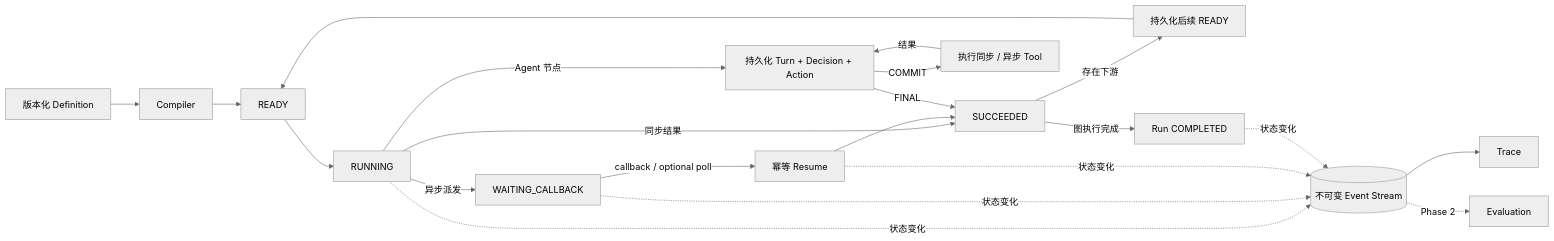
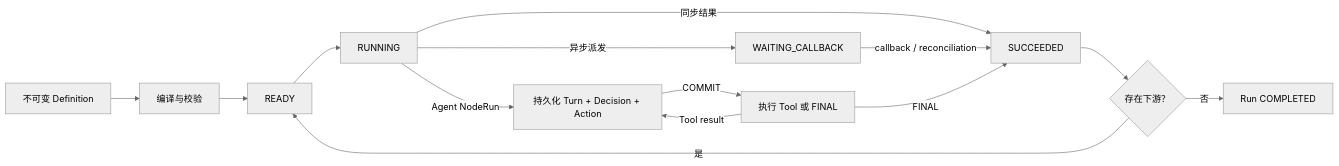
Before and after one commit to leungll/Emberling: the second of 4 diagrams in README.zh-CN.md, drawn with Mermaid (neutral theme). The commit also changed other lines of this file and 1 other file, not shown here.

````diff
--- a/README.zh-CN.md
+++ b/README.zh-CN.md
@@ -39,25 +73,19 @@
 ```mermaid
 flowchart LR
-    DEF["版本化 Definition"] --> COMP["Compiler"]
-    COMP --> READY["READY"]
-    READY --> RUN["RUNNING"]
-    RUN -->|同步结果| DONE["SUCCEEDED"]
-    RUN -->|异步派发| WAIT["WAITING_CALLBACK"]
-    WAIT -->|callback / optional poll| RESUME["幂等 Resume"]
-    RESUME --> DONE
-    DONE -->|存在下游| NEXT["持久化后续 READY"]
-    NEXT --> READY
-    DONE -->|图执行完成| COMPLETE["Run COMPLETED"]
+    DEF["不可变 Definition"] --> COMPILE["编译与校验"]
+    COMPILE --> READY["READY"]
+    READY --> RUNNING["RUNNING"]
 
-    RUN -->|Agent 节点| TURN["持久化 Turn + Decision + Action"]
-    TURN -->|COMMIT| TOOL["执行同步 / 异步 Tool"]
-    TOOL -->|结果| TURN
-    TURN -->|FINAL| DONE
+    RUNNING -->|"同步结果"| SUCCEEDED["SUCCEEDED"]
+    RUNNING -->|"异步派发"| WAITING["WAITING_CALLBACK"]
+    WAITING -->|"callback / reconciliation"| SUCCEEDED
 
-    RUN -. 状态变化 .-> EVENT[("不可变 Event Stream")]
-    WAIT -. 状态变化 .-> EVENT
-    RESUME -. 状态变化 .-> EVENT
-    COMPLETE -. 状态变化 .-> EVENT
-    EVENT --> TRACE["Trace"]
-    EVENT -. Phase 2 .-> EVAL["Evaluation"]
+    RUNNING -->|"Agent NodeRun"| DECIDE["持久化 Turn + Decision + Action"]
+    DECIDE -->|"COMMIT"| ACT["执行 Tool 或 FINAL"]
+    ACT -->|"Tool result"| DECIDE
+    ACT -->|"FINAL"| SUCCEEDED
+
+    SUCCEEDED --> NEXT{"存在下游？"}
+    NEXT -->|"是"| READY
+    NEXT -->|"否"| COMPLETE["Run COMPLETED"]
 ```
````
